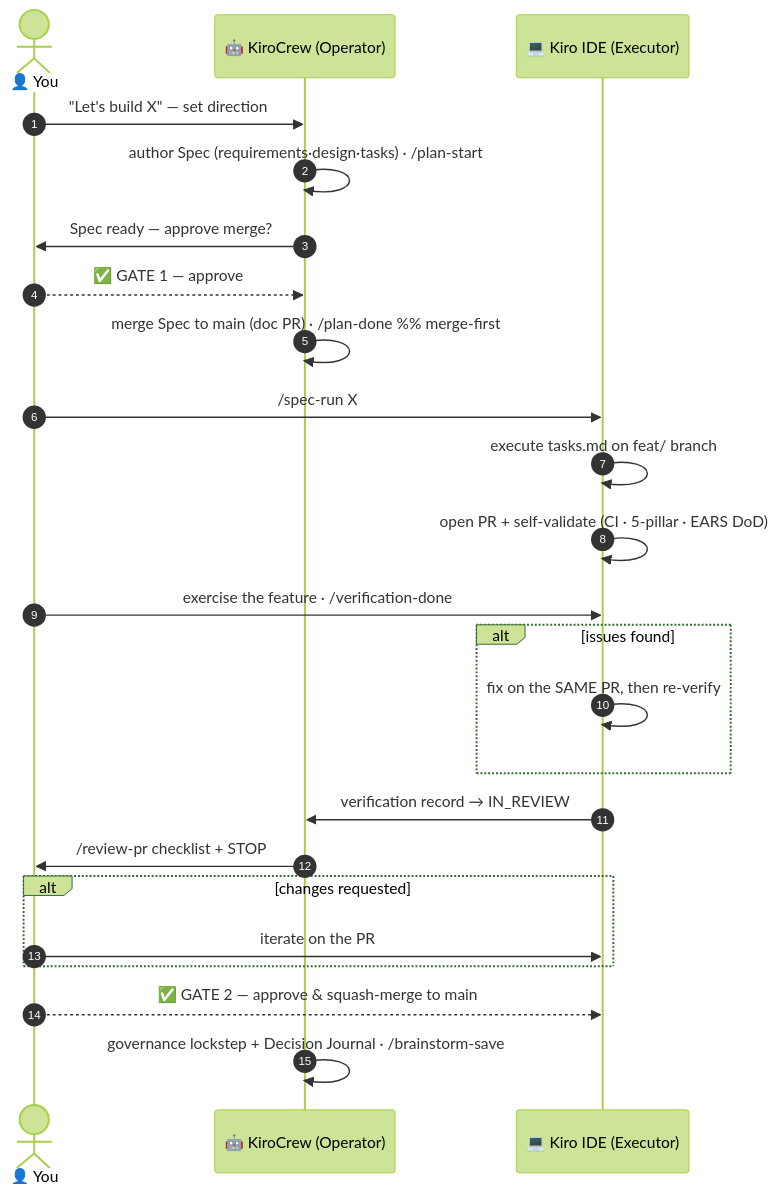
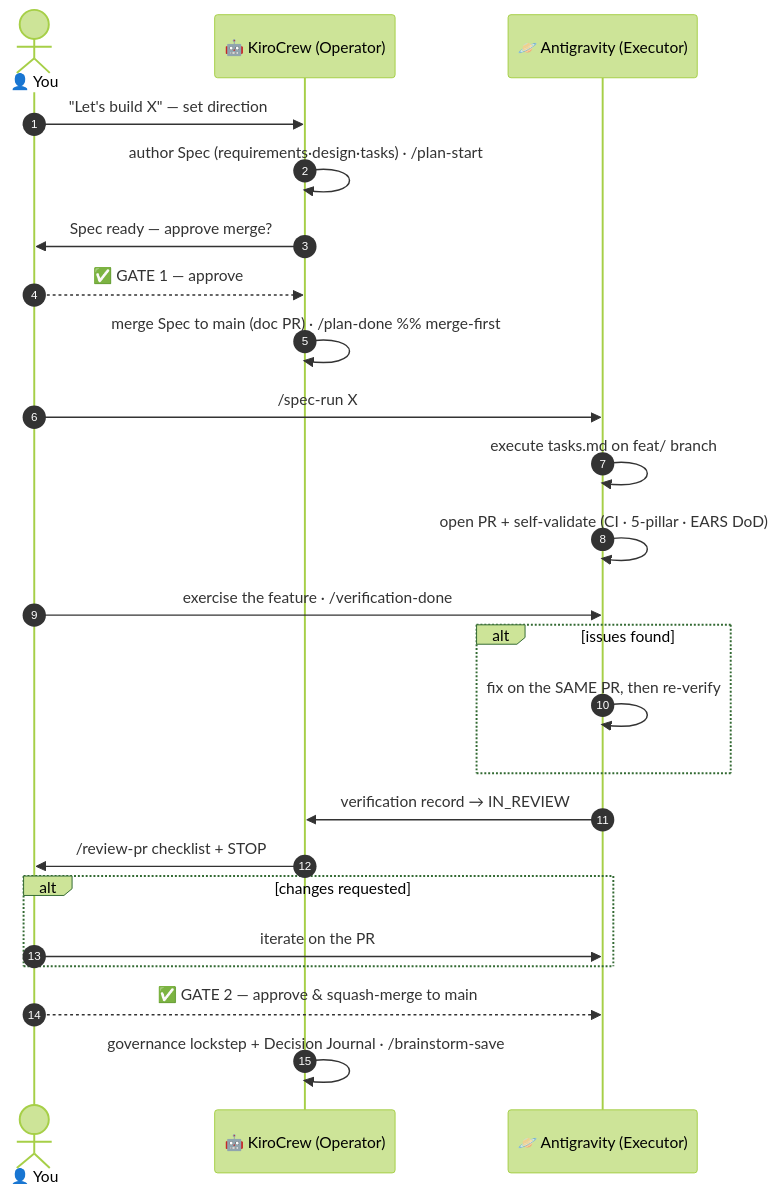
Before and after one commit to agni-eialarasu/cetana-labs: the third of 3 diagrams in docs/governance/ai-collaboration-model.md, drawn with Mermaid (forest theme). The commit also changed other lines of this file and 6 other files, not shown here.

First line of the commit message:
docs: correct BK-037 executor role — Kiro IDE -> Antigravity (Primary Executor) (#99)

````diff
--- a/docs/governance/ai-collaboration-model.md
+++ b/docs/governance/ai-collaboration-model.md
@@ -122,27 +122,27 @@
 ```mermaid
 sequenceDiagram
     autonumber
     actor You as 👤 You
     participant KC as 🤖 KiroCrew (Operator)
-    participant IDE as 💻 Kiro IDE (Executor)
+    participant IDE as 🪐 Antigravity (Executor)
 
     You->>KC: "Let's build X" — set direction
     KC->>KC: author Spec (requirements·design·tasks) · /plan-start
     KC->>You: Spec ready — approve merge?
     You-->>KC: ✅ GATE 1 — approve
     KC->>KC: merge Spec to main (doc PR) · /plan-done  %% merge-first
     You->>IDE: /spec-run X
     IDE->>IDE: execute tasks.md on feat/ branch
     IDE->>IDE: open PR + self-validate (CI · 5-pillar · EARS DoD)
     You->>IDE: exercise the feature · /verification-done
     alt issues found
         IDE->>IDE: fix on the SAME PR, then re-verify
     end
     IDE->>KC: verification record → IN_REVIEW
     KC->>You: /review-pr checklist + STOP
     alt changes requested
         You->>IDE: iterate on the PR
     end
     You-->>IDE: ✅ GATE 2 — approve & squash-merge to main
     KC->>KC: governance lockstep + Decision Journal · /brainstorm-save
 ```
````
